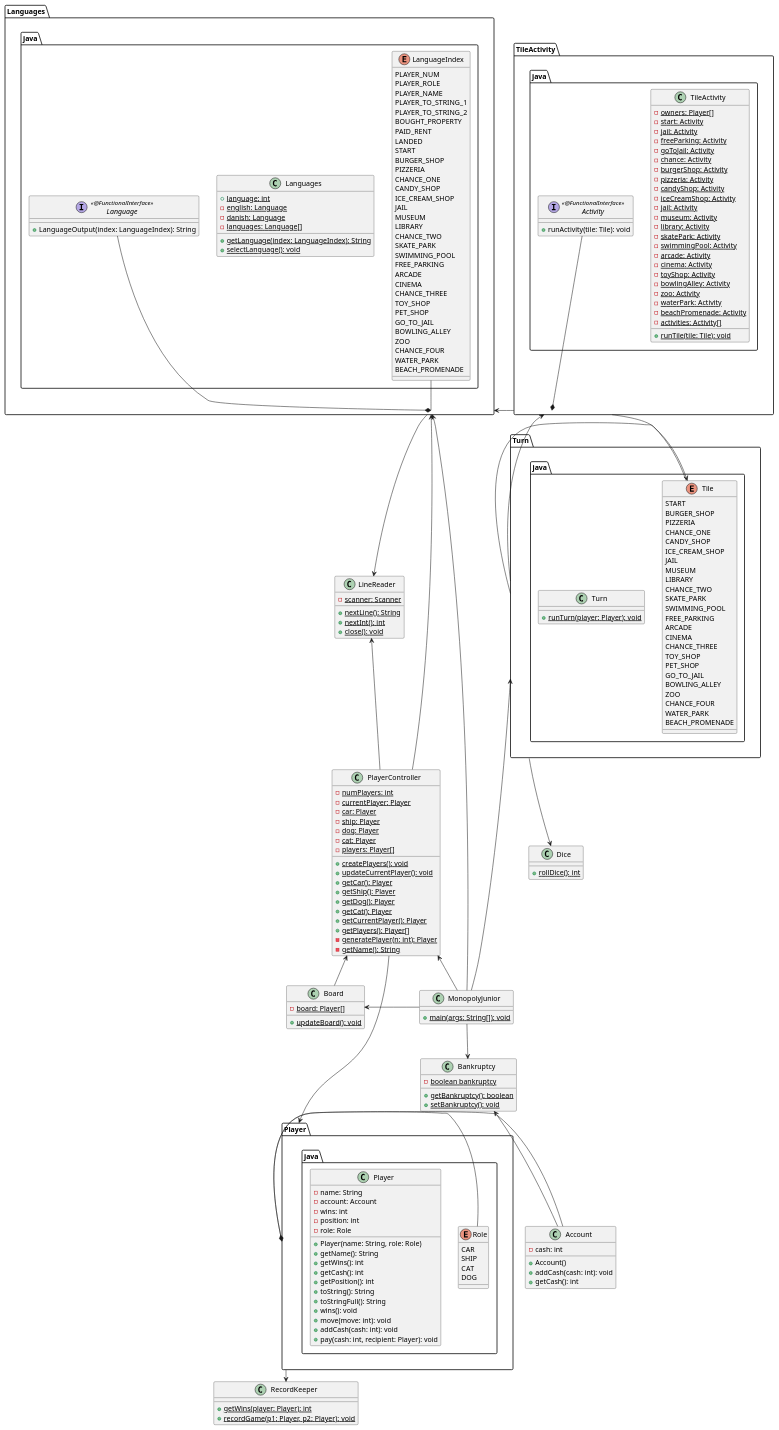
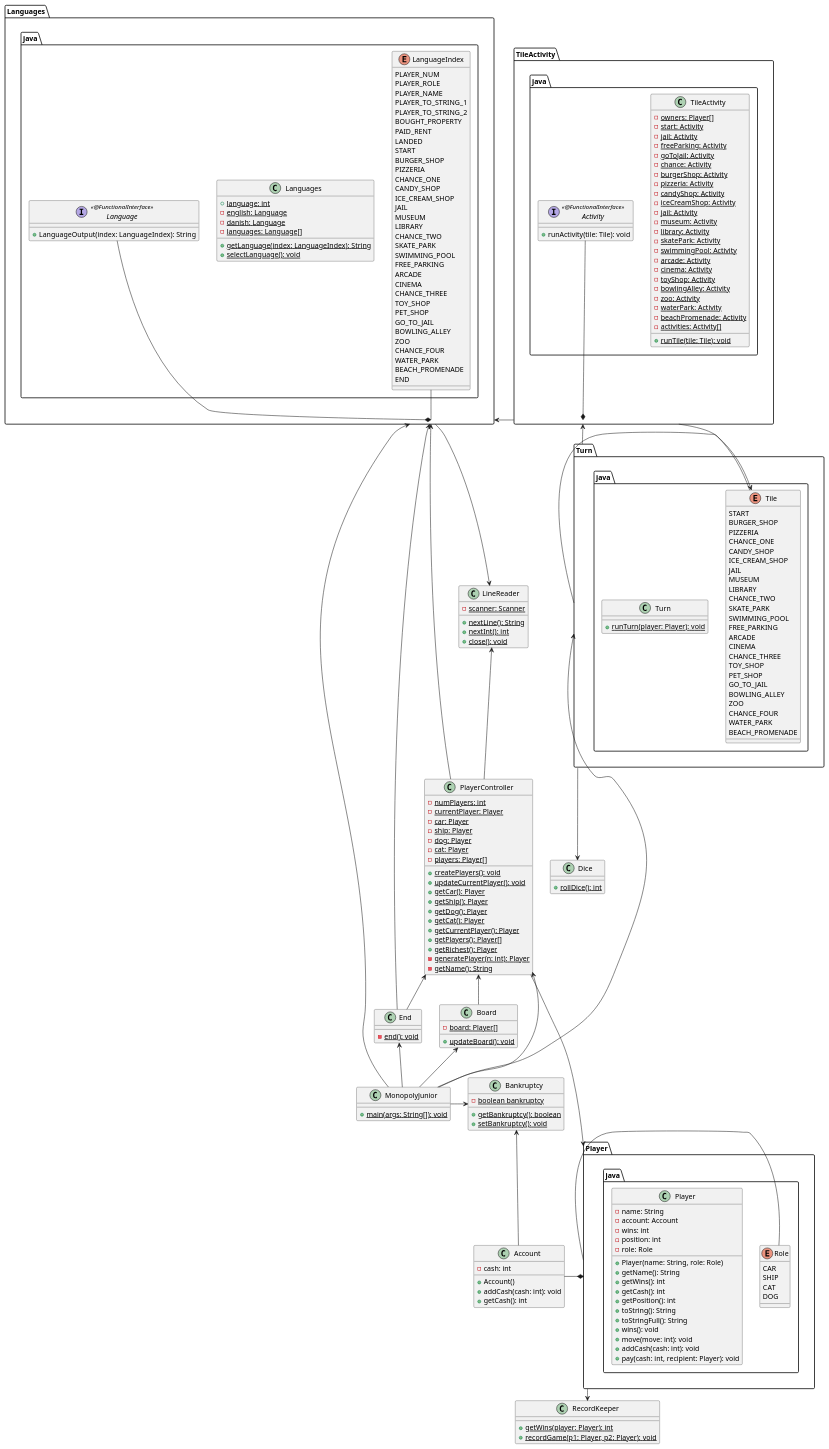
One commit to s235070/CDIO-3 changed the diagram in UML/ClassDiagram.wsd. Above: the diagram before and after it, drawn with PlantUML. The commit also changed 5 other files, not shown here.

```diff
--- a/UML/ClassDiagram.wsd
+++ b/UML/ClassDiagram.wsd
@@ -74,6 +74,7 @@
         CHANCE_FOUR
         WATER_PARK
         BEACH_PROMENADE
+        END
     }
 }
 
@@ -128,6 +129,7 @@
     {static} + getCat(): Player
     {static} + getCurrentPlayer(): Player
     {static} + getPlayers(): Player[]
+    {static} + getRichest(): Player
     {static} - generatePlayer(n: int): Player
     {static} - getName(): String
 }
@@ -203,6 +205,10 @@
     }
 }
 
+class End {
+    {static} - end(): void
+}
+
 Languages <-- MonopolyJunior
 Language --* Languages
 Languages -l- LanguageIndex
@@ -211,7 +217,7 @@
 Languages <-- PlayerController
 LineReader <-- PlayerController
 PlayerController --> Player
-Player -l- Role
+Player -r- Role
 MonopolyJunior -l-> Board
 PlayerController <-d- Board
 Player *-l- Account
@@ -220,10 +226,13 @@
 Turn -d-> Dice
 Player --> RecordKeeper
 TileActivity <-- Turn
-MonopolyJunior -d-> Bankruptcy
+MonopolyJunior -r-> Bankruptcy
 Activity -d-* TileActivity
 Account -u-> Bankruptcy
 TileActivity --> Tile
 TileActivity -l-> Languages
+MonopolyJunior -u-> End
+End -u-> PlayerController
+End -u-> Languages
 
 @enduml
```
